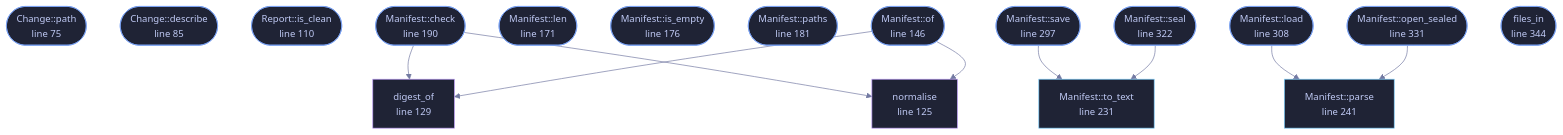
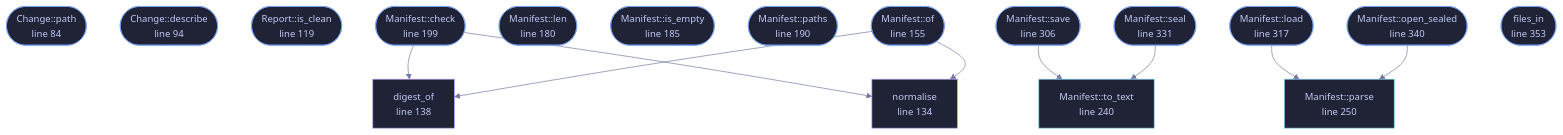
One commit to tilas01/veilvoice changed the diagram in docs/files/veilvoice-guard/manifest.md. Above: the diagram before and after it, drawn with Mermaid. The commit also changed other lines of this file and 487 other files, not shown here.

````diff
--- a/docs/files/veilvoice-guard/manifest.md
+++ b/docs/files/veilvoice-guard/manifest.md
@@ -95,52 +105,52 @@
 ```mermaid
 %%{init: {"theme":"base","themeVariables":{"background":"#1a1b26","primaryColor":"#1f2335","primaryTextColor":"#c0caf5","primaryBorderColor":"#7aa2f7","secondaryColor":"#16161e","tertiaryColor":"#16161e","lineColor":"#737aa2","textColor":"#c0caf5","mainBkg":"#1f2335","nodeBorder":"#7aa2f7","clusterBkg":"#16161e","clusterBorder":"#2f3549","fontFamily":"ui-monospace, SFMono-Regular, Consolas, monospace","fontSize":"14px"}}}%%
 flowchart TD
-    n_path(["Change::path<br/>line 75"])
-    n_describe(["Change::describe<br/>line 85"])
-    n_is_clean(["Report::is_clean<br/>line 110"])
-    n_normalise["normalise<br/>line 125"]
-    n_digest_of["digest_of<br/>line 129"]
-    n_of(["Manifest::of<br/>line 146"])
-    n_len(["Manifest::len<br/>line 171"])
-    n_is_empty(["Manifest::is_empty<br/>line 176"])
-    n_paths(["Manifest::paths<br/>line 181"])
-    n_check(["Manifest::check<br/>line 190"])
-    n_to_text["Manifest::to_text<br/>line 231"]
-    n_parse["Manifest::parse<br/>line 241"]
-    n_save(["Manifest::save<br/>line 297"])
-    n_load(["Manifest::load<br/>line 308"])
-    n_seal(["Manifest::seal<br/>line 322"])
-    n_open_sealed(["Manifest::open_sealed<br/>line 331"])
-    n_files_in(["files_in<br/>line 344"])
+    n_path(["Change::path<br/>line 84"])
+    n_describe(["Change::describe<br/>line 94"])
+    n_is_clean(["Report::is_clean<br/>line 119"])
+    n_normalise["normalise<br/>line 134"]
+    n_digest_of["digest_of<br/>line 138"]
+    n_of(["Manifest::of<br/>line 155"])
+    n_len(["Manifest::len<br/>line 180"])
+    n_is_empty(["Manifest::is_empty<br/>line 185"])
+    n_paths(["Manifest::paths<br/>line 190"])
+    n_check(["Manifest::check<br/>line 199"])
+    n_to_text["Manifest::to_text<br/>line 240"]
+    n_parse["Manifest::parse<br/>line 250"]
+    n_save(["Manifest::save<br/>line 306"])
+    n_load(["Manifest::load<br/>line 317"])
+    n_seal(["Manifest::seal<br/>line 331"])
+    n_open_sealed(["Manifest::open_sealed<br/>line 340"])
+    n_files_in(["files_in<br/>line 353"])
     n_check --> n_digest_of
     n_check --> n_normalise
     n_load --> n_parse
     n_of --> n_digest_of
     n_of --> n_normalise
     n_open_sealed --> n_parse
     n_save --> n_to_text
     n_seal --> n_to_text
-    click n_path href "https://github.com/tilas01/veilvoice/blob/main/crates/veilvoice-guard/src/manifest.rs#L75" "open the source"
-    click n_describe href "https://github.com/tilas01/veilvoice/blob/main/crates/veilvoice-guard/src/manifest.rs#L85" "open the source"
-    click n_is_clean href "https://github.com/tilas01/veilvoice/blob/main/crates/veilvoice-guard/src/manifest.rs#L110" "open the source"
-    click n_normalise href "https://github.com/tilas01/veilvoice/blob/main/crates/veilvoice-guard/src/manifest.rs#L125" "open the source"
-    click n_digest_of href "https://github.com/tilas01/veilvoice/blob/main/crates/veilvoice-guard/src/manifest.rs#L129" "open the source"
-    click n_of href "https://github.com/tilas01/veilvoice/blob/main/crates/veilvoice-guard/src/manifest.rs#L146" "open the source"
-    click n_len href "https://github.com/tilas01/veilvoice/blob/main/crates/veilvoice-guard/src/manifest.rs#L171" "open the source"
-    click n_is_empty href "https://github.com/tilas01/veilvoice/blob/main/crates/veilvoice-guard/src/manifest.rs#L176" "open the source"
-    click n_paths href "https://github.com/tilas01/veilvoice/blob/main/crates/veilvoice-guard/src/manifest.rs#L181" "open the source"
-    click n_check href "https://github.com/tilas01/veilvoice/blob/main/crates/veilvoice-guard/src/manifest.rs#L190" "open the source"
-    click n_to_text href "https://github.com/tilas01/veilvoice/blob/main/crates/veilvoice-guard/src/manifest.rs#L231" "open the source"
-    click n_parse href "https://github.com/tilas01/veilvoice/blob/main/crates/veilvoice-guard/src/manifest.rs#L241" "open the source"
-    click n_save href "https://github.com/tilas01/veilvoice/blob/main/crates/veilvoice-guard/src/manifest.rs#L297" "open the source"
-    click n_load href "https://github.com/tilas01/veilvoice/blob/main/crates/veilvoice-guard/src/manifest.rs#L308" "open the source"
-    click n_seal href "https://github.com/tilas01/veilvoice/blob/main/crates/veilvoice-guard/src/manifest.rs#L322" "open the source"
-    click n_open_sealed href "https://github.com/tilas01/veilvoice/blob/main/crates/veilvoice-guard/src/manifest.rs#L331" "open the source"
-    click n_files_in href "https://github.com/tilas01/veilvoice/blob/main/crates/veilvoice-guard/src/manifest.rs#L344" "open the source"
+    click n_path href "https://github.com/tilas01/veilvoice/blob/main/crates/veilvoice-guard/src/manifest.rs#L84" "open the source"
+    click n_describe href "https://github.com/tilas01/veilvoice/blob/main/crates/veilvoice-guard/src/manifest.rs#L94" "open the source"
+    click n_is_clean href "https://github.com/tilas01/veilvoice/blob/main/crates/veilvoice-guard/src/manifest.rs#L119" "open the source"
+    click n_normalise href "https://github.com/tilas01/veilvoice/blob/main/crates/veilvoice-guard/src/manifest.rs#L134" "open the source"
+    click n_digest_of href "https://github.com/tilas01/veilvoice/blob/main/crates/veilvoice-guard/src/manifest.rs#L138" "open the source"
+    click n_of href "https://github.com/tilas01/veilvoice/blob/main/crates/veilvoice-guard/src/manifest.rs#L155" "open the source"
+    click n_len href "https://github.com/tilas01/veilvoice/blob/main/crates/veilvoice-guard/src/manifest.rs#L180" "open the source"
+    click n_is_empty href "https://github.com/tilas01/veilvoice/blob/main/crates/veilvoice-guard/src/manifest.rs#L185" "open the source"
+    click n_paths href "https://github.com/tilas01/veilvoice/blob/main/crates/veilvoice-guard/src/manifest.rs#L190" "open the source"
+    click n_check href "https://github.com/tilas01/veilvoice/blob/main/crates/veilvoice-guard/src/manifest.rs#L199" "open the source"
+    click n_to_text href "https://github.com/tilas01/veilvoice/blob/main/crates/veilvoice-guard/src/manifest.rs#L240" "open the source"
+    click n_parse href "https://github.com/tilas01/veilvoice/blob/main/crates/veilvoice-guard/src/manifest.rs#L250" "open the source"
+    click n_save href "https://github.com/tilas01/veilvoice/blob/main/crates/veilvoice-guard/src/manifest.rs#L306" "open the source"
+    click n_load href "https://github.com/tilas01/veilvoice/blob/main/crates/veilvoice-guard/src/manifest.rs#L317" "open the source"
+    click n_seal href "https://github.com/tilas01/veilvoice/blob/main/crates/veilvoice-guard/src/manifest.rs#L331" "open the source"
+    click n_open_sealed href "https://github.com/tilas01/veilvoice/blob/main/crates/veilvoice-guard/src/manifest.rs#L340" "open the source"
+    click n_files_in href "https://github.com/tilas01/veilvoice/blob/main/crates/veilvoice-guard/src/manifest.rs#L353" "open the source"
     classDef entry fill:#1f2335,stroke:#7aa2f7,color:#c0caf5
     class n_path,n_describe,n_is_clean,n_of,n_len,n_is_empty,n_paths,n_check,n_save,n_load,n_seal,n_open_sealed,n_files_in entry
     classDef api fill:#1f2335,stroke:#7dcfff,color:#c0caf5
     class n_to_text,n_parse api
     classDef helper fill:#1f2335,stroke:#bb9af7,color:#c0caf5
     class n_normalise,n_digest_of helper
 ```
````
